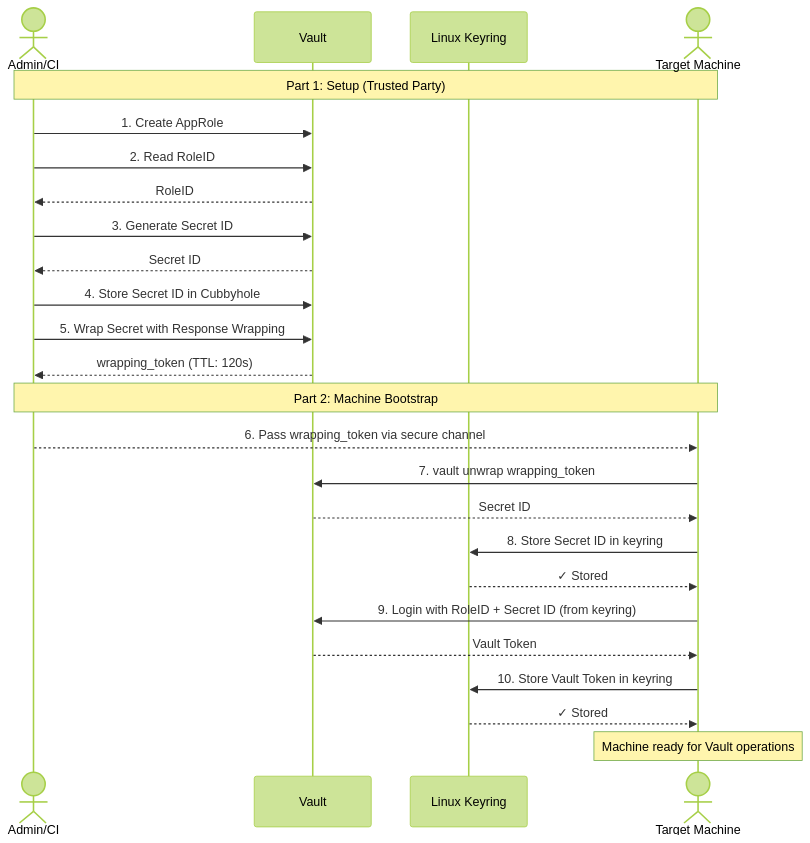
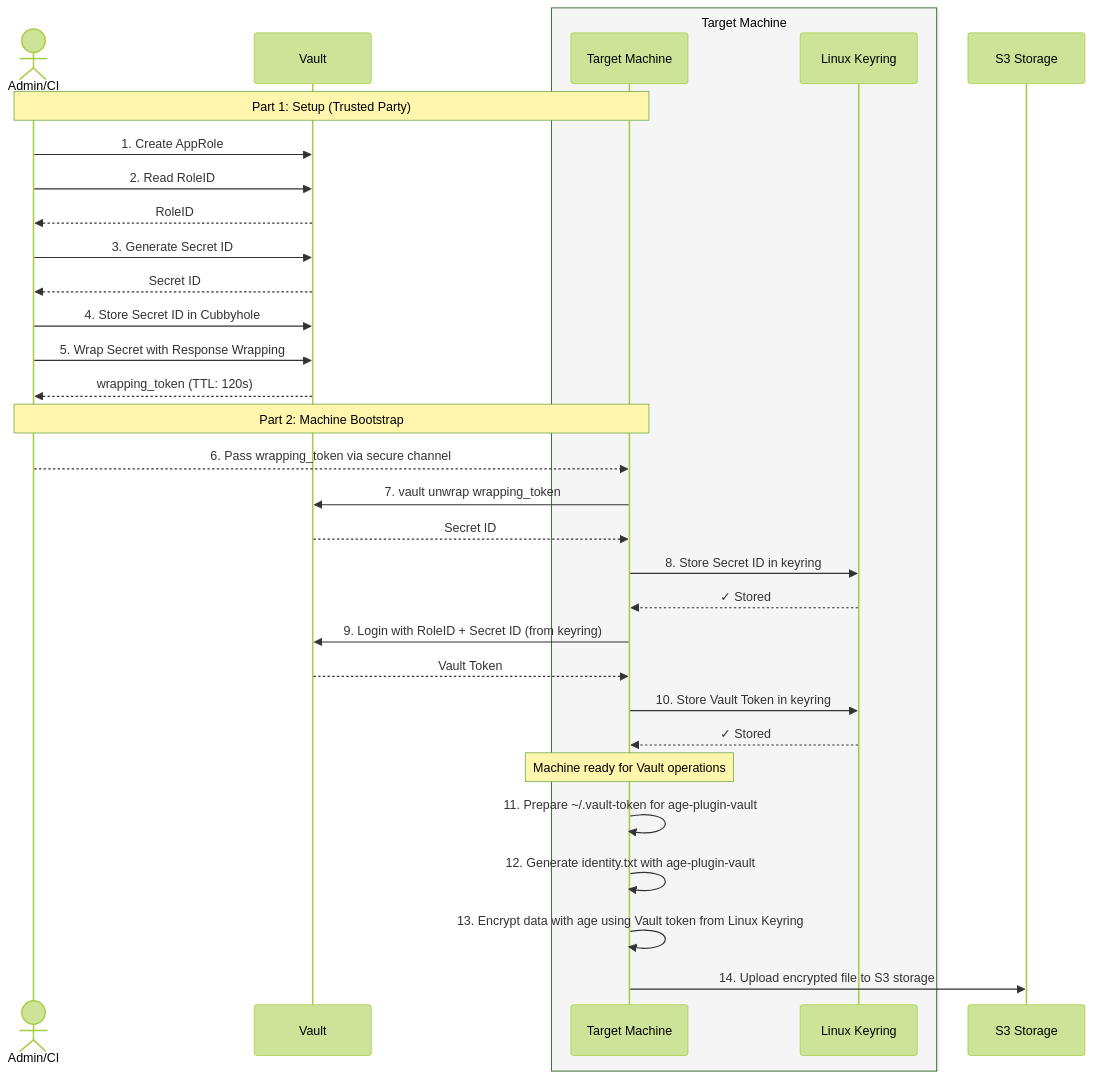
Before and after one commit to stsch9/age-plugin-vault: the diagram in docs/machine_encryption.md, drawn with Mermaid (forest theme). The commit also changed other lines of this file and 1 other file, not shown here.

````diff
--- a/docs/machine_encryption.md
+++ b/docs/machine_encryption.md
@@ -15,39 +15,49 @@
 ```mermaid
 sequenceDiagram
     actor Admin as Admin/CI
     participant Vault
-    participant Keyring as Linux Keyring
-    actor Machine as Target Machine
+    box rgb(245, 245, 245) Target Machine
+        participant Machine as Target Machine
+        participant Keyring as Linux Keyring
+    end
+
+    participant Storage as S3 Storage
 
     Note over Admin,Machine: Part 1: Setup (Trusted Party)
     
     Admin->>Vault: 1. Create AppRole
     Admin->>Vault: 2. Read RoleID
     Vault-->>Admin: RoleID
     
     Admin->>Vault: 3. Generate Secret ID
     Vault-->>Admin: Secret ID
     
     Admin->>Vault: 4. Store Secret ID in Cubbyhole
     
     Admin->>Vault: 5. Wrap Secret with Response Wrapping
     Vault-->>Admin: wrapping_token (TTL: 120s)
     
     Note over Admin,Machine: Part 2: Machine Bootstrap
     
     Admin-->>Machine: 6. Pass wrapping_token via secure channel
     
     Machine->>Vault: 7. vault unwrap wrapping_token
     Vault-->>Machine: Secret ID
     
     Machine->>Keyring: 8. Store Secret ID in keyring
     Keyring-->>Machine: ✓ Stored
     
     Machine->>Vault: 9. Login with RoleID + Secret ID (from keyring)
     Vault-->>Machine: Vault Token
     
     Machine->>Keyring: 10. Store Vault Token in keyring
     Keyring-->>Machine: ✓ Stored
-    
+
     Note over Machine: Machine ready for Vault operations
+
+    Machine->>Machine: 11. Prepare ~/.vault-token for age-plugin-vault
+    Machine->>Machine: 12. Generate identity.txt with age-plugin-vault
+    Machine->>Machine: 13. Encrypt data with age using Vault token from Linux Keyring
+    Machine->>Storage: 14. Upload encrypted file to S3 storage
+
 ```
````
